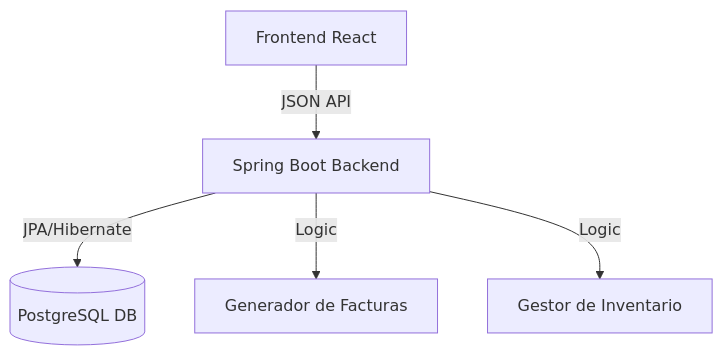
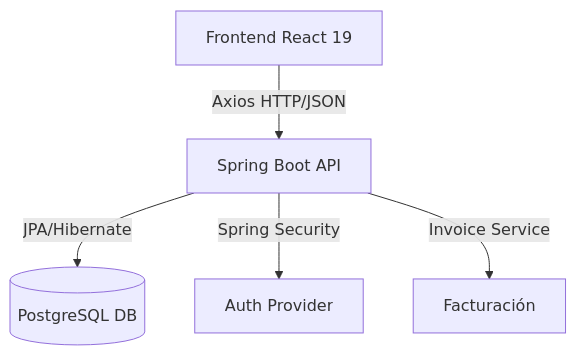
One commit to flownanito/Gestor-De-Reservas-De-Hoteles changed the diagram in README.md. Above: the diagram before and after it, drawn with Mermaid. The commit also changed other lines of this file and 3 other files, not shown here.

````diff
--- a/README.md
+++ b/README.md
@@ -63,7 +59,7 @@
 ```mermaid
 graph TD
-    A[Frontend React] -->|JSON API| B[Spring Boot Backend]
+    A[Frontend React 19] -->|Axios HTTP/JSON| B[Spring Boot API]
     B -->|JPA/Hibernate| C[(PostgreSQL DB)]
-    B -->|Logic| D[Generador de Facturas]
-    B -->|Logic| E[Gestor de Inventario]
+    B -->|Spring Security| D[Auth Provider]
+    B -->|Invoice Service| E[Facturación]
 ```
````
